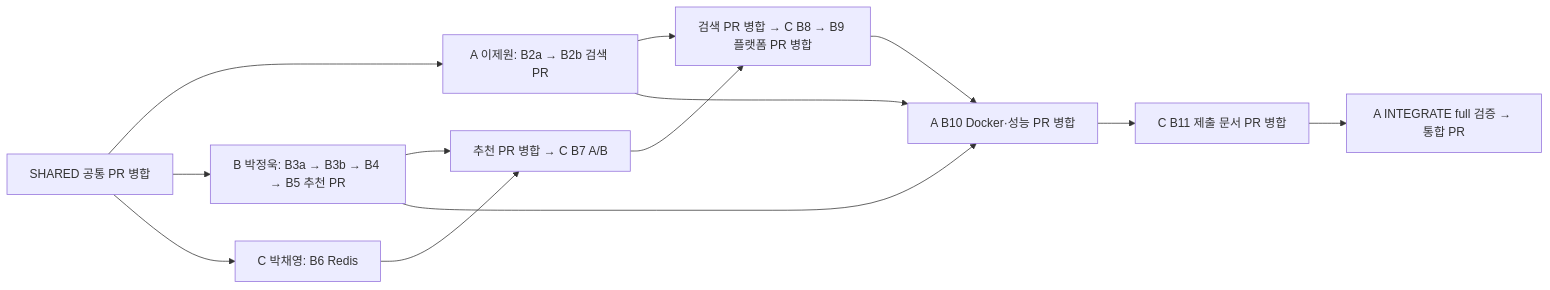
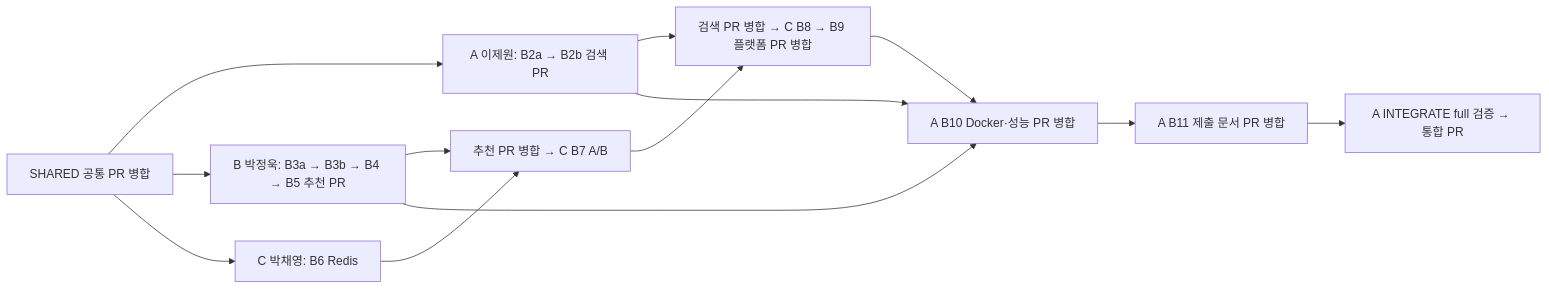
One commit to k-pang-2026/mm-recsys changed the diagram in docs/team_workflow.md. Above: the diagram before and after it, drawn with Mermaid. The commit also changed other lines of this file and 18 other files, not shown here.

````diff
--- a/docs/team_workflow.md
+++ b/docs/team_workflow.md
@@ -20,15 +21,15 @@
 ```mermaid
 flowchart LR
   S[SHARED 공통 PR 병합] --> A[A 이제원: B2a → B2b 검색 PR]
   S --> B[B 박정욱: B3a → B3b → B4 → B5 추천 PR]
   S --> C[C 박채영: B6 Redis]
   B --> D[추천 PR 병합 → C B7 A/B]
   C --> D
   A --> E[검색 PR 병합 → C B8 → B9 플랫폼 PR 병합]
   D --> E
   E --> G[A B10 Docker·성능 PR 병합]
   B --> G
   A --> G
-  G --> H[C B11 제출 문서 PR 병합]
+  G --> H[A B11 제출 문서 PR 병합]
   H --> F[A INTEGRATE full 검증 → 통합 PR]
 ```
````
